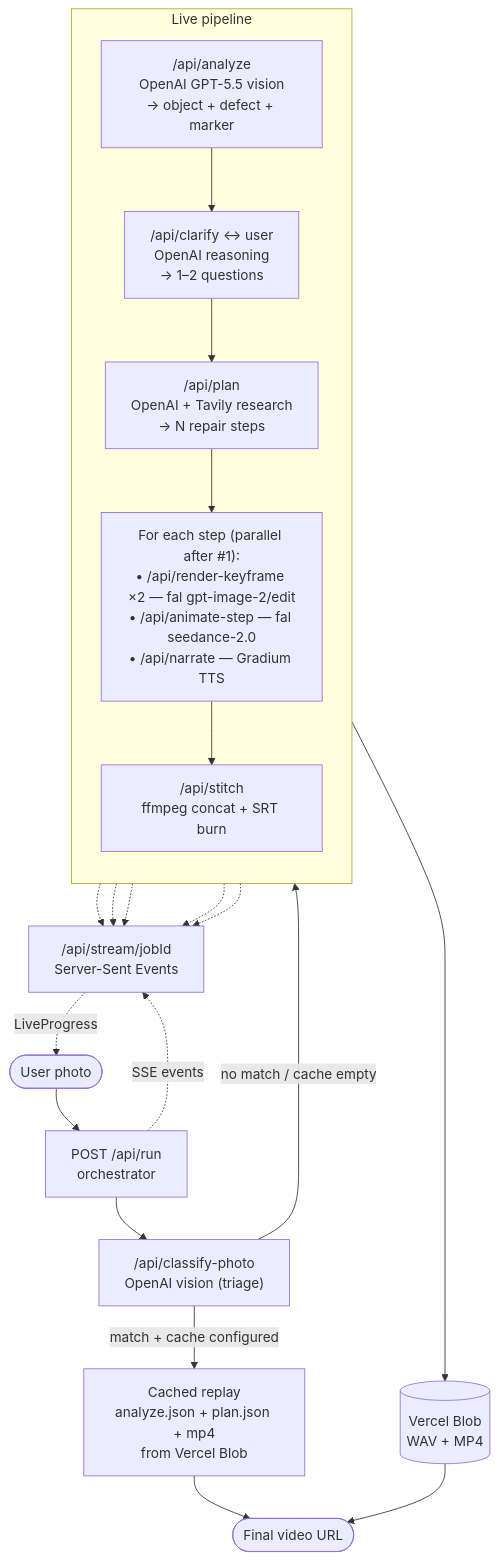
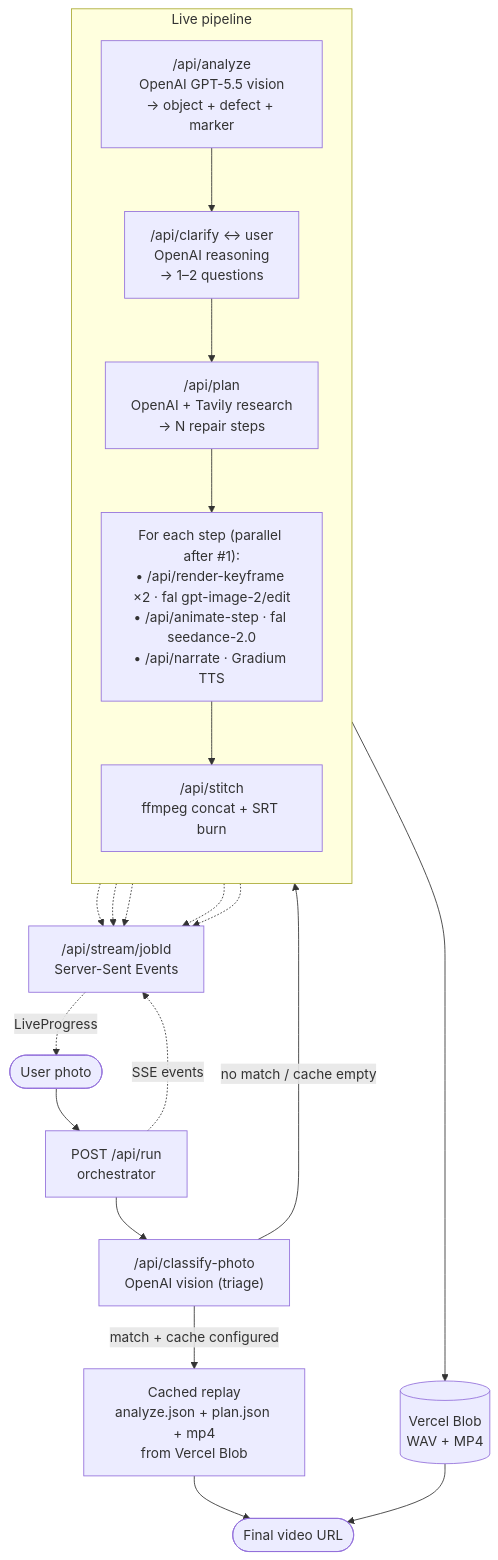
The diagram in README.md (jolehuit/fixit), drawn with Mermaid before and after one commit. The commit also changed other lines of this file, not shown here.

````diff
--- a/README.md
+++ b/README.md
@@ -20,33 +20,33 @@
 ```mermaid
 flowchart TD
     User([User photo])
     User --> Run
 
     Run["POST /api/run<br/>orchestrator"]
 
     Run --> Classify["/api/classify-photo<br/>OpenAI vision (triage)"]
     Classify -->|match + cache configured| Cached["Cached replay<br/>analyze.json + plan.json + mp4<br/>from Vercel Blob"]
     Classify -->|no match / cache empty| Live
 
     subgraph Live["Live pipeline"]
         direction TB
         Analyze["/api/analyze<br/>OpenAI GPT-5.5 vision<br/>→ object + defect + marker"]
         Clarify["/api/clarify ↔ user<br/>OpenAI reasoning<br/>→ 1–2 questions"]
         Plan["/api/plan<br/>OpenAI + Tavily research<br/>→ N repair steps"]
-        StepLoop["For each step (parallel after #1):<br/>• /api/render-keyframe ×2 — fal gpt-image-2/edit<br/>• /api/animate-step — fal seedance-2.0<br/>• /api/narrate — Gradium TTS"]
+        StepLoop["For each step (parallel after #1):<br/>• /api/render-keyframe ×2 · fal gpt-image-2/edit<br/>• /api/animate-step · fal seedance-2.0<br/>• /api/narrate · Gradium TTS"]
         Stitch["/api/stitch<br/>ffmpeg concat + SRT burn"]
         Analyze --> Clarify --> Plan --> StepLoop --> Stitch
     end
 
     Stitch --> Blob[(Vercel Blob<br/>WAV + MP4)]
     Cached --> Result
     Blob --> Result([Final video URL])
 
     Run -.->|SSE events| Stream
     Analyze -.-> Stream
     Clarify -.-> Stream
     Plan -.-> Stream
     StepLoop -.-> Stream
     Stitch -.-> Stream
     Stream["/api/stream/jobId<br/>Server-Sent Events"] -.->|LiveProgress| User
 ```
````
